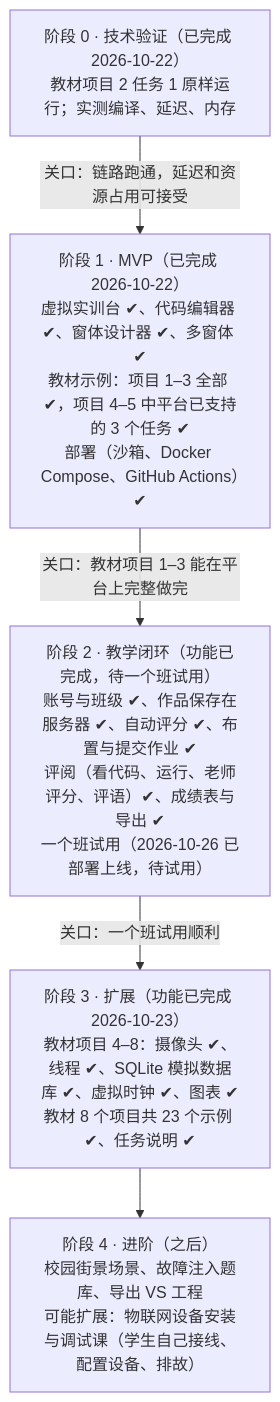
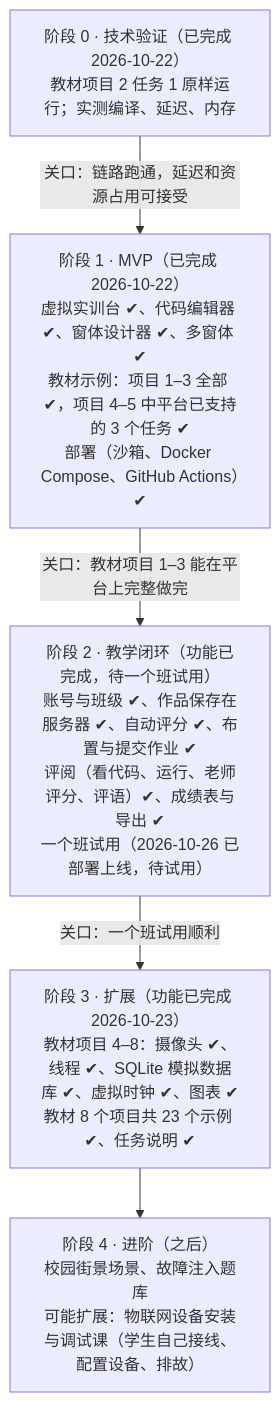
Before and after one commit to yuetsh/IOT_SIM: the second of 2 diagrams in docs/设计方案.md, drawn with Mermaid. The commit also changed other lines of this file and 18 other files, not shown here.

````diff
--- a/docs/设计方案.md
+++ b/docs/设计方案.md
@@ -239,12 +239,12 @@
 ```mermaid
 flowchart TB
   P0["阶段 0 · 技术验证（已完成 2026-10-22）<br/>教材项目 2 任务 1 原样运行；实测编译、延迟、内存"]
   P1["阶段 1 · MVP（已完成 2026-10-22）<br/>虚拟实训台 ✔、代码编辑器 ✔、窗体设计器 ✔、多窗体 ✔<br/>教材示例：项目 1–3 全部 ✔，项目 4–5 中平台已支持的 3 个任务 ✔<br/>部署（沙箱、Docker Compose、GitHub Actions）✔"]
   P2["阶段 2 · 教学闭环（功能已完成，待一个班试用）<br/>账号与班级 ✔、作品保存在服务器 ✔、自动评分 ✔、布置与提交作业 ✔<br/>评阅（看代码、运行、老师评分、评语）✔、成绩表与导出 ✔<br/>一个班试用（2026-10-26 已部署上线，待试用）"]
   P3["阶段 3 · 扩展（功能已完成 2026-10-23）<br/>教材项目 4–8：摄像头 ✔、线程 ✔、SQLite 模拟数据库 ✔、虚拟时钟 ✔、图表 ✔<br/>教材 8 个项目共 23 个示例 ✔、任务说明 ✔"]
-  P4["阶段 4 · 进阶（之后）<br/>校园街景场景、故障注入题库、导出 VS 工程<br/>可能扩展：物联网设备安装与调试课（学生自己接线、配置设备、排故）"]
+  P4["阶段 4 · 进阶（之后）<br/>校园街景场景、故障注入题库<br/>可能扩展：物联网设备安装与调试课（学生自己接线、配置设备、排故）"]
   P0 -->|"关口：链路跑通，延迟和资源占用可接受"| P1
   P1 -->|"关口：教材项目 1–3 能在平台上完整做完"| P2
   P2 -->|"关口：一个班试用顺利"| P3
   P3 --> P4
 ```
````
